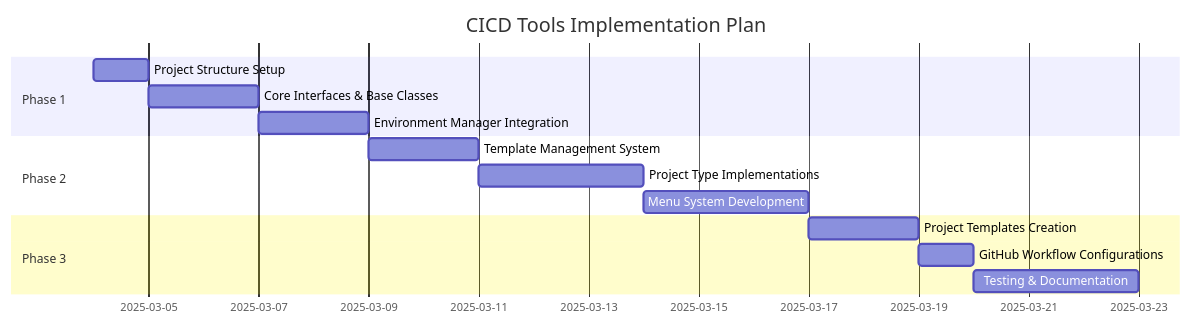
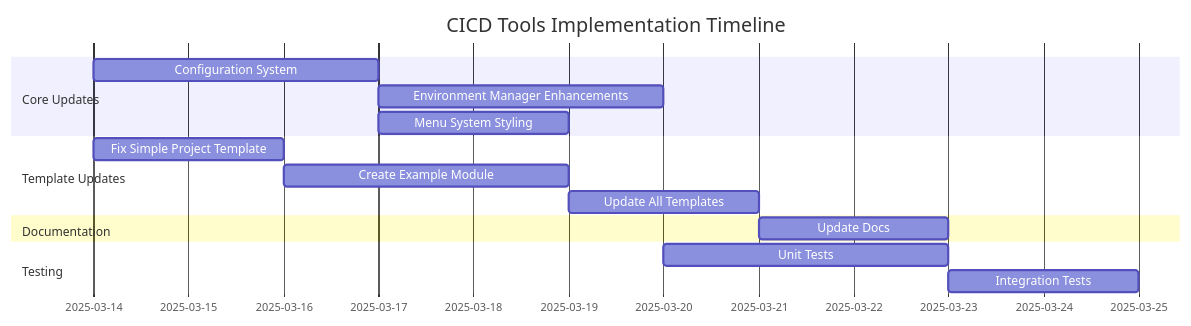
The diagram in doc/cicd_tools_implementation_plan.md (r4d4m4n71s/cicd_tools), drawn with Mermaid before and after one commit. The commit also changed other lines of this file and 20 other files, not shown here.

````diff
--- a/doc/cicd_tools_implementation_plan.md
+++ b/doc/cicd_tools_implementation_plan.md
@@ -7,17 +15,18 @@
 ```mermaid
 gantt
-    title CICD Tools Implementation Plan
+    title CICD Tools Implementation Timeline
     dateFormat  YYYY-MM-DD
-    section Phase 1
-    Project Structure Setup           :p1_1, 2025-03-04, 1d
-    Core Interfaces & Base Classes    :p1_2, after p1_1, 2d
-    Environment Manager Integration   :p1_3, after p1_2, 2d
-    section Phase 2
-    Template Management System        :p2_1, after p1_3, 2d
-    Project Type Implementations      :p2_2, after p2_1, 3d
-    Menu System Development           :p2_3, after p2_2, 3d
-    section Phase 3
-    Project Templates Creation        :p3_1, after p2_3, 2d
-    GitHub Workflow Configurations    :p3_2, after p3_1, 1d
-    Testing & Documentation           :p3_3, after p3_2, 3d
+    section Core Updates
+    Configuration System         :core1, 2025-03-14, 3d
+    Environment Manager Enhancements :core2, after core1, 3d
+    Menu System Styling          :core3, after core1, 2d
+    section Template Updates
+    Fix Simple Project Template  :temp1, 2025-03-14, 2d
+    Create Example Module        :temp2, after temp1, 3d
+    Update All Templates         :temp3, after temp2, 2d
+    section Documentation
+    Update Docs                  :doc1, after temp3, 2d
+    section Testing
+    Unit Tests                   :test1, after core2, 3d
+    Integration Tests            :test2, after test1, 2d
 ```
````
